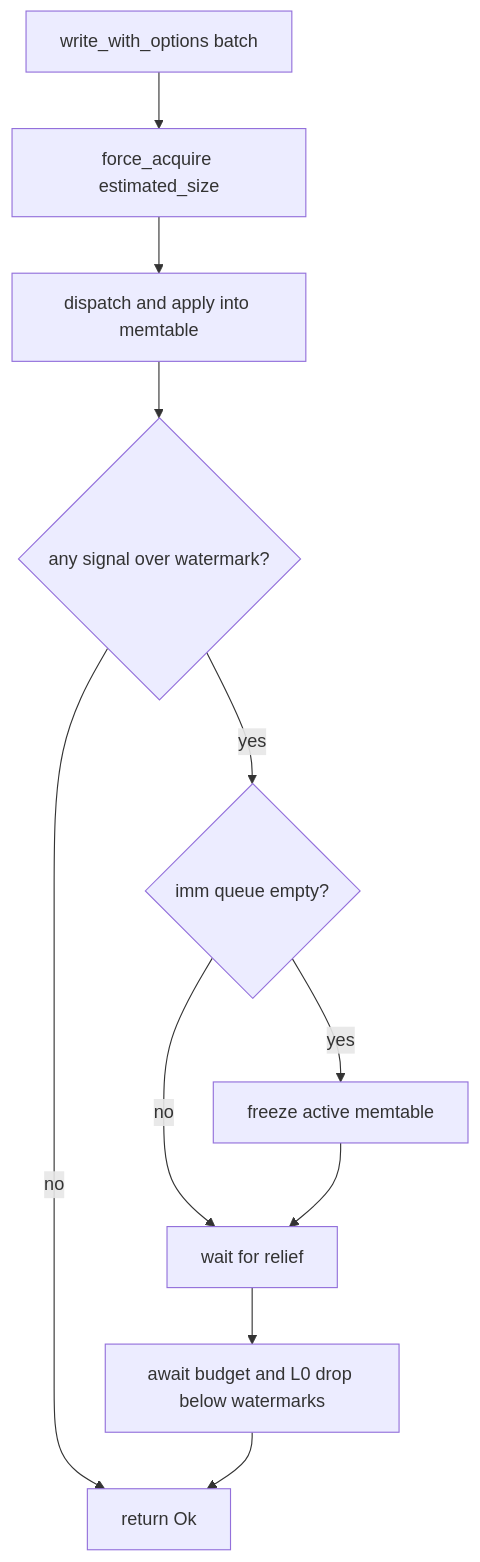
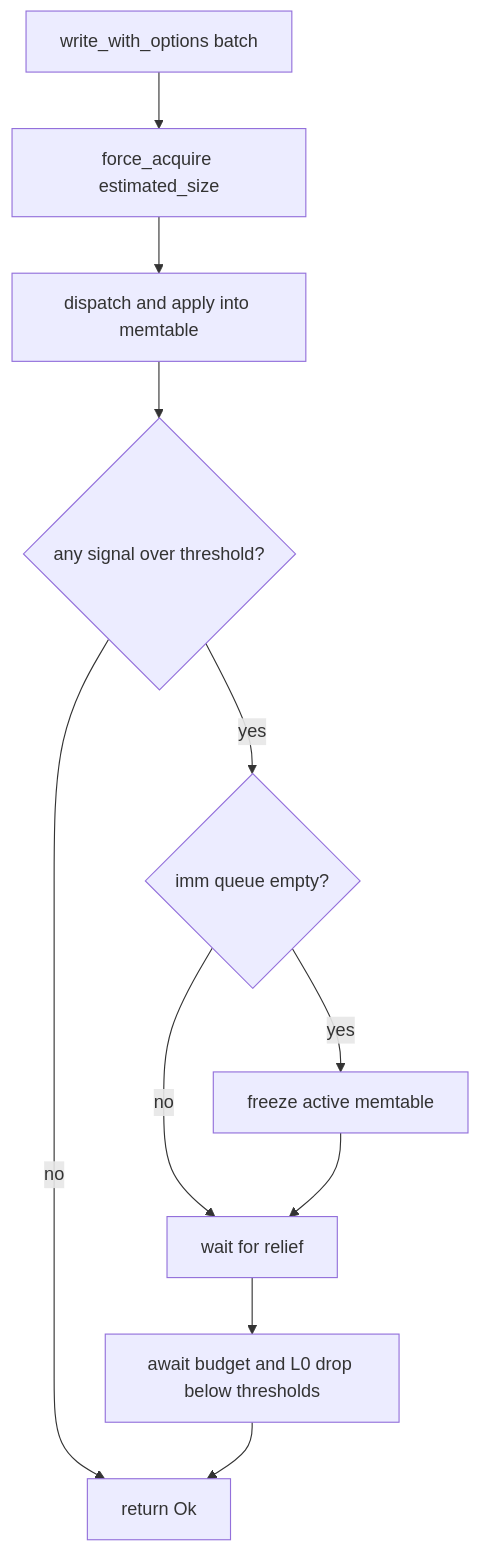
The second of 2 diagrams in rfcs/0029-write-buffer-manager.md (slatedb/slatedb), drawn with Mermaid before and after one commit. The commit also changed other lines of this file, not shown here.

Commit message:
cleaning up references to watermark

````diff
--- a/rfcs/0029-write-buffer-manager.md
+++ b/rfcs/0029-write-buffer-manager.md
@@ -475,13 +451,13 @@
 ```mermaid
 flowchart TD
     A[write_with_options batch] --> B[force_acquire estimated_size]
     B --> C[dispatch and apply into memtable]
-    C --> D{any signal over watermark?}
+    C --> D{any signal over threshold?}
     D -- no --> E[return Ok]
     D -- yes --> F{imm queue empty?}
     F -- yes --> G[freeze active memtable]
     F -- no --> H[wait for relief]
     G --> H
-    H --> I[await budget and L0 drop below watermarks]
+    H --> I[await budget and L0 drop below thresholds]
     I --> E
 ```
````
